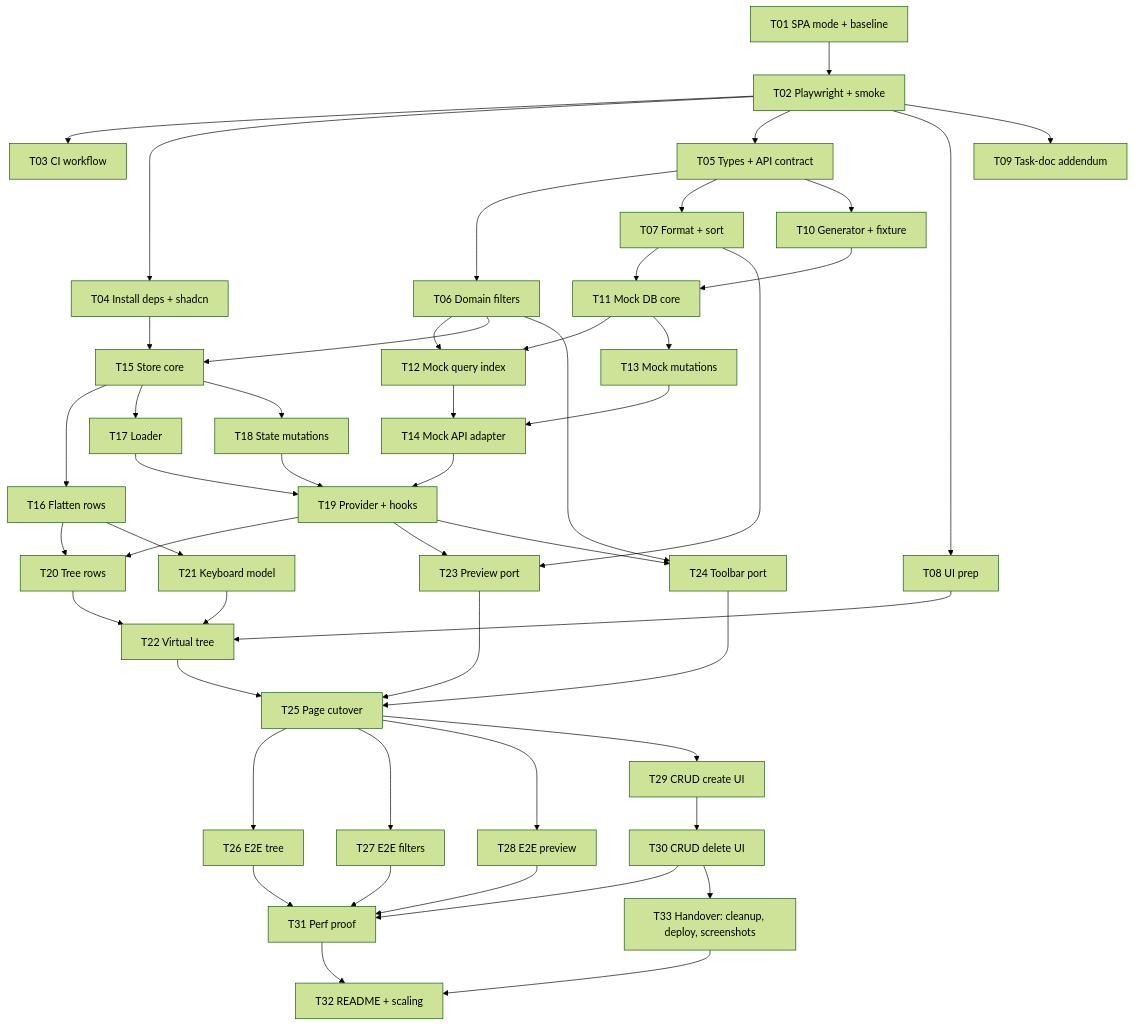
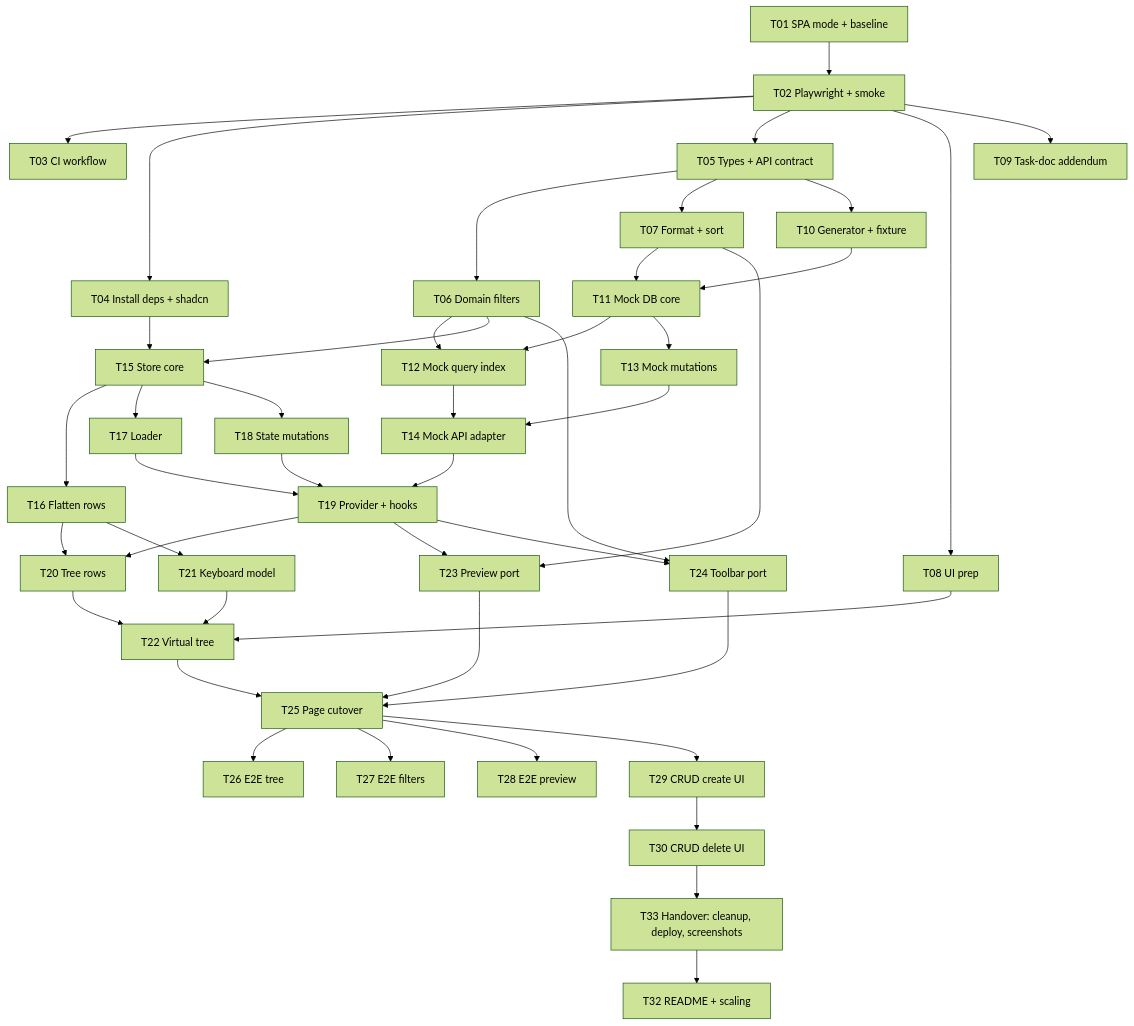
One commit to itays/bindecy-interview changed the diagram in docs/tasks.md. Above: the diagram before and after it, drawn with Mermaid (forest theme). The commit also changed other lines of this file and 2 other files, not shown here.

Commit message:
Tasks: Drop T31 (performance proof); T32 explains the performance approaches

````diff
--- a/docs/tasks.md
+++ b/docs/tasks.md
@@ -49,52 +49,47 @@
 ```mermaid
 flowchart TD
   T01[T01 SPA mode + baseline] --> T02[T02 Playwright + smoke]
   T02 --> T03[T03 CI workflow]
   T02 --> T04[T04 Install deps + shadcn]
   T02 --> T05[T05 Types + API contract]
   T02 --> T08[T08 UI prep]
   T02 --> T09[T09 Task-doc addendum]
   T05 --> T06[T06 Domain filters]
   T05 --> T07[T07 Format + sort]
   T05 --> T10[T10 Generator + fixture]
   T07 --> T11[T11 Mock DB core]
   T10 --> T11
   T06 --> T12[T12 Mock query index]
   T11 --> T12
   T11 --> T13[T13 Mock mutations]
   T12 --> T14[T14 Mock API adapter]
   T13 --> T14
   T04 --> T15[T15 Store core]
   T06 --> T15
   T15 --> T16[T16 Flatten rows]
   T15 --> T17[T17 Loader]
   T15 --> T18[T18 State mutations]
   T14 --> T19[T19 Provider + hooks]
   T17 --> T19
   T18 --> T19
   T16 --> T20[T20 Tree rows]
   T19 --> T20
   T16 --> T21[T21 Keyboard model]
   T08 --> T22[T22 Virtual tree]
   T20 --> T22
   T21 --> T22
   T07 --> T23[T23 Preview port]
   T19 --> T23
   T06 --> T24[T24 Toolbar port]
   T19 --> T24
   T22 --> T25[T25 Page cutover]
   T23 --> T25
   T24 --> T25
   T25 --> T26[T26 E2E tree]
   T25 --> T27[T27 E2E filters]
   T25 --> T28[T28 E2E preview]
   T25 --> T29[T29 CRUD create UI]
   T29 --> T30[T30 CRUD delete UI]
-  T26 --> T31[T31 Perf proof]
-  T27 --> T31
-  T28 --> T31
-  T30 --> T31
-  T31 --> T32[T32 README + scaling]
   T30 --> T33[T33 Handover: cleanup, deploy, screenshots]
-  T33 --> T32
+  T33 --> T32[T32 README + scaling]
 ```
````
